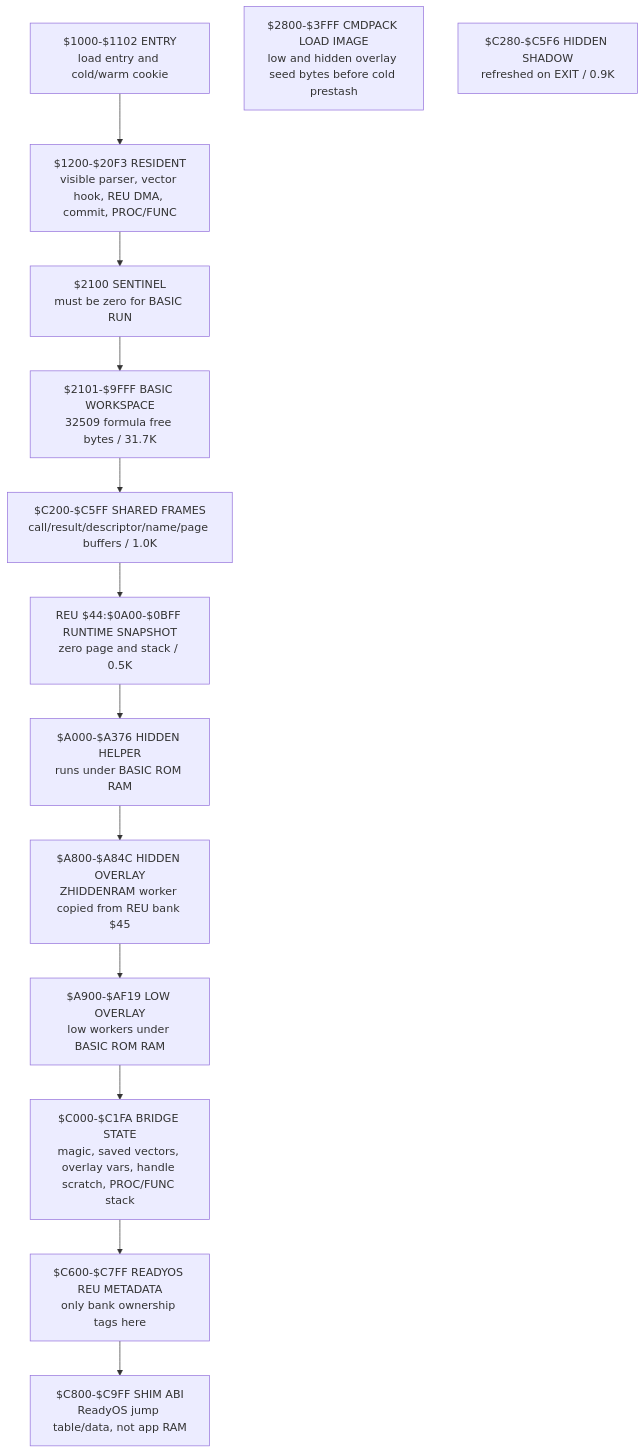
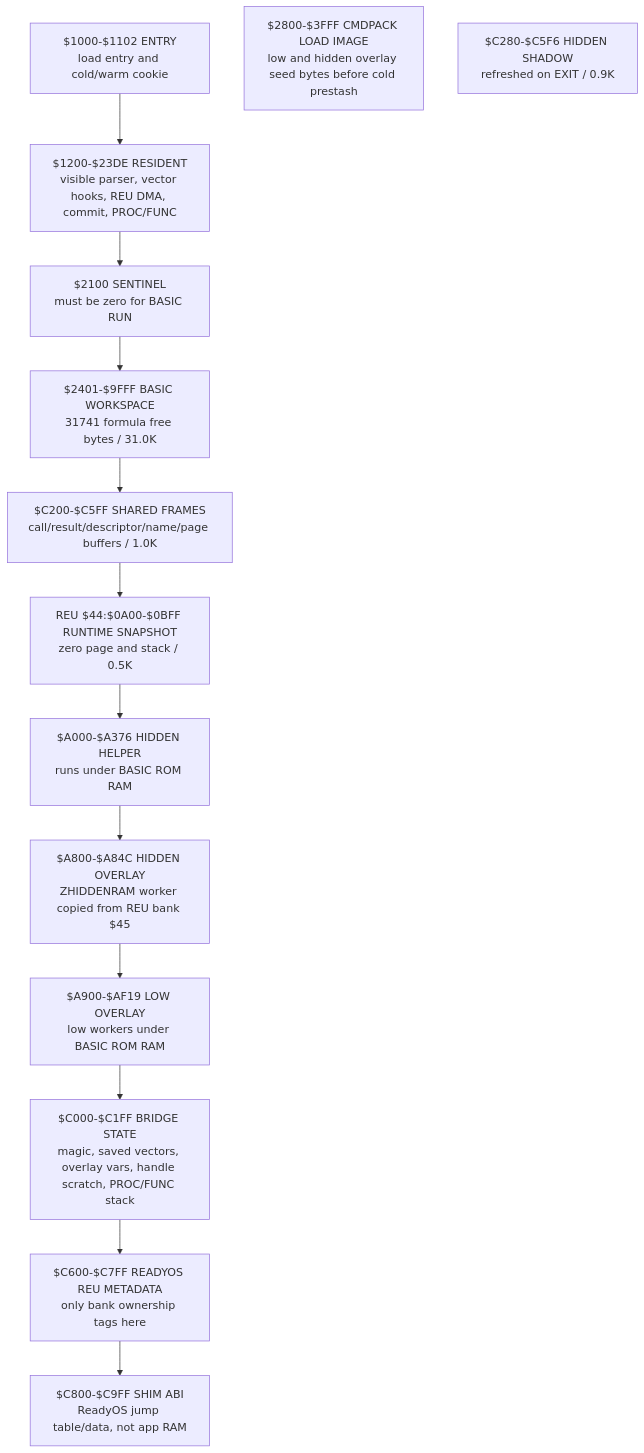
The first of 8 diagrams in src/apps/readybasic/READYBASIC_LIFECYCLE_AND_REU_ARCHITECTURE.md (123Onetwothree123/6502), drawn with Mermaid before and after one commit. The commit also changed other lines of this file and 18 other files, not shown here.

````diff
--- a/src/apps/readybasic/READYBASIC_LIFECYCLE_AND_REU_ARCHITECTURE.md
+++ b/src/apps/readybasic/READYBASIC_LIFECYCLE_AND_REU_ARCHITECTURE.md
@@ -93,20 +93,20 @@
 ```mermaid
 flowchart TB
   A["$1000-$1102 ENTRY<br/>load entry and cold/warm cookie"]
-  B["$1200-$20F3 RESIDENT<br/>visible parser, vector hook, REU DMA, commit, PROC/FUNC"]
+  B["$1200-$23DE RESIDENT<br/>visible parser, vector hooks, REU DMA, commit, PROC/FUNC"]
   C["$2100 SENTINEL<br/>must be zero for BASIC RUN"]
-  D["$2101-$9FFF BASIC WORKSPACE<br/>32509 formula free bytes / 31.7K"]
+  D["$2401-$9FFF BASIC WORKSPACE<br/>31741 formula free bytes / 31.0K"]
   E["$2800-$3FFF CMDPACK LOAD IMAGE<br/>low and hidden overlay seed bytes before cold prestash"]
   F["REU $44:$0A00-$0BFF RUNTIME SNAPSHOT<br/>zero page and stack / 0.5K"]
   G["$C200-$C5FF SHARED FRAMES<br/>call/result/descriptor/name/page buffers / 1.0K"]
   I["$C280-$C5F6 HIDDEN SHADOW<br/>refreshed on EXIT / 0.9K"]
   J["$A000-$A376 HIDDEN HELPER<br/>runs under BASIC ROM RAM"]
   K["$A800-$A84C HIDDEN OVERLAY<br/>ZHIDDENRAM worker copied from REU bank $45"]
   O["$A900-$AF19 LOW OVERLAY<br/>low workers under BASIC ROM RAM"]
-  L["$C000-$C1FA BRIDGE STATE<br/>magic, saved vectors, overlay vars, handle scratch, PROC/FUNC stack"]
+  L["$C000-$C1FF BRIDGE STATE<br/>magic, saved vectors, overlay vars, handle scratch, PROC/FUNC stack"]
   M["$C600-$C7FF READYOS REU METADATA<br/>only bank ownership tags here"]
   N["$C800-$C9FF SHIM ABI<br/>ReadyOS jump table/data, not app RAM"]
 
   A --> B --> C --> D --> G
   G --> F --> J --> K --> O --> L --> M --> N
 ```
````
